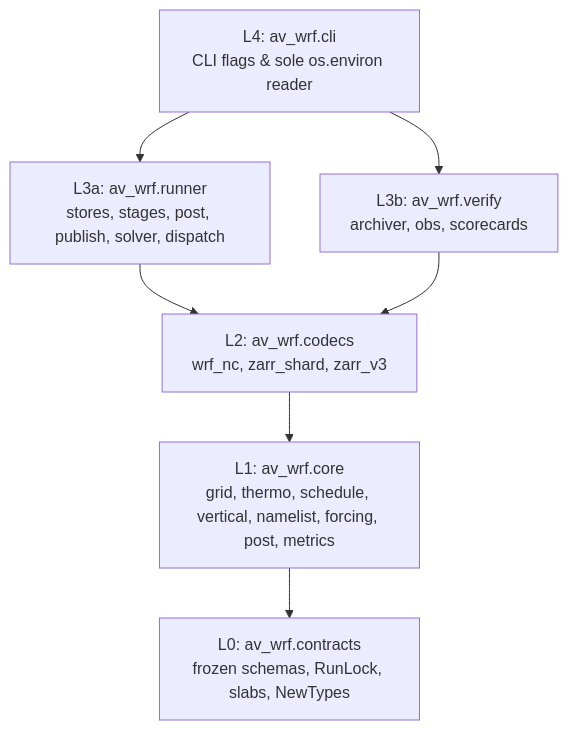
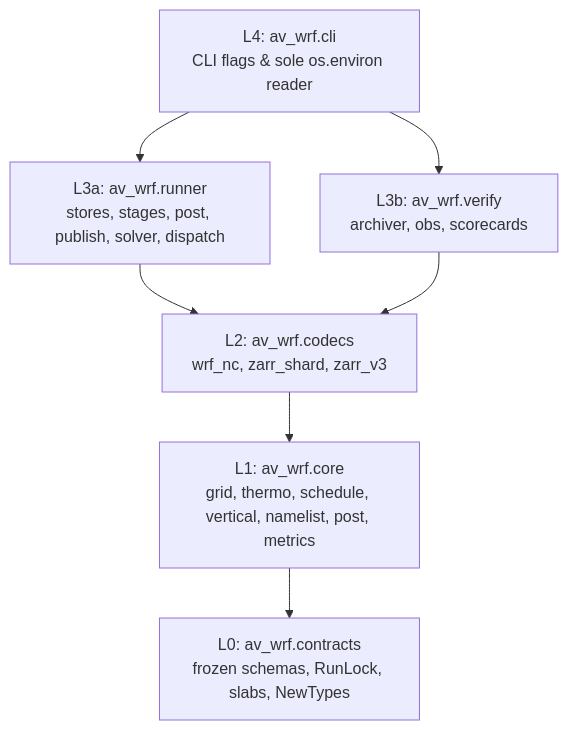
One commit to jdorrance/av-wrf changed the second of 2 diagrams in docs/architecture.md. Above: the diagram before and after it, drawn with Mermaid. The commit also changed other lines of this file and 77 other files, not shown here.

````diff
--- a/docs/architecture.md
+++ b/docs/architecture.md
@@ -27,9 +29,9 @@
 ```mermaid
 flowchart TB
   cli["L4: av_wrf.cli<br/>CLI flags & sole os.environ reader"] --> runner["L3a: av_wrf.runner<br/>stores, stages, post, publish, solver, dispatch"]
   cli --> verify["L3b: av_wrf.verify<br/>archiver, obs, scorecards"]
   runner --> codecs["L2: av_wrf.codecs<br/>wrf_nc, zarr_shard, zarr_v3"]
   verify --> codecs
-  codecs --> core["L1: av_wrf.core<br/>grid, thermo, schedule, vertical, namelist, forcing, post, metrics"]
+  codecs --> core["L1: av_wrf.core<br/>grid, thermo, schedule, vertical, namelist, post, metrics"]
   core --> contracts["L0: av_wrf.contracts<br/>frozen schemas, RunLock, slabs, NewTypes"]
 ```
````
